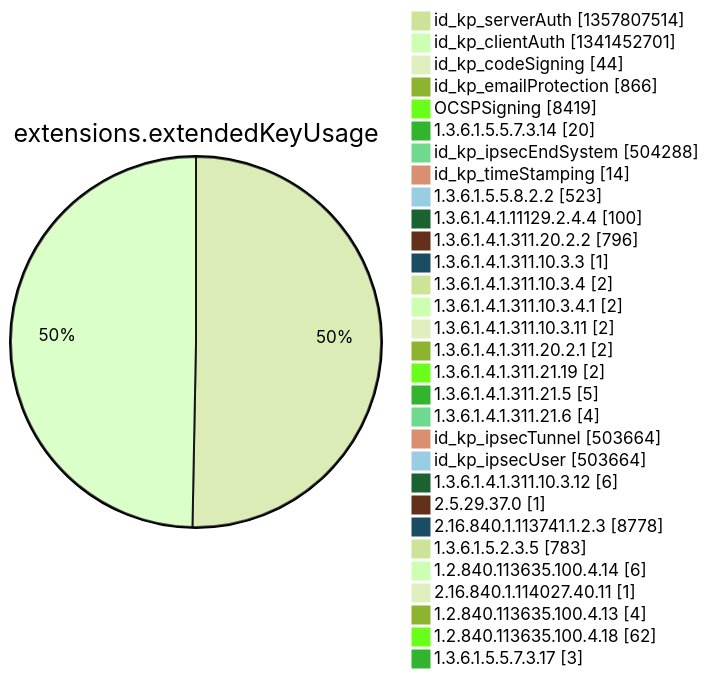
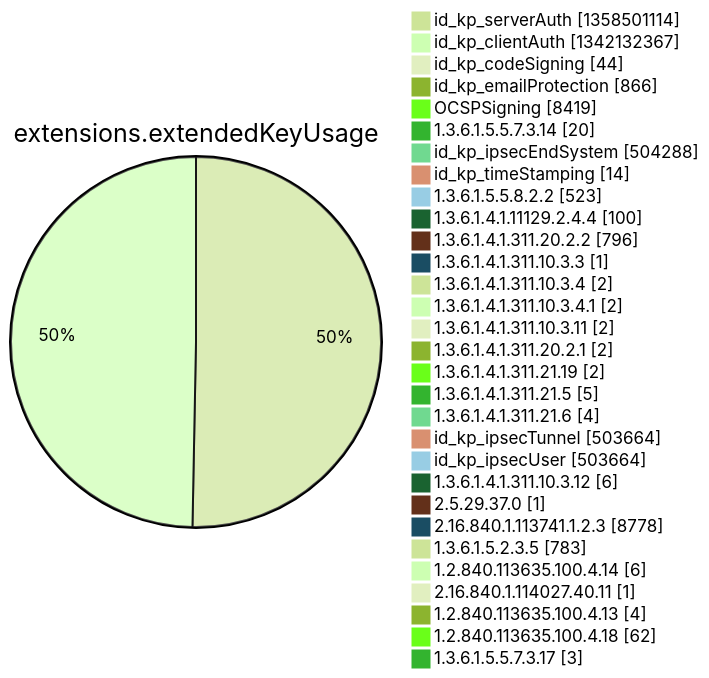
Diagram 12 of 15 in argon2022/README.md (christiankrug/ctmonitor_visualization), drawn with Mermaid (forest theme) before and after one commit. The commit also changed other lines of this file, not shown here.

````diff
--- a/argon2022/README.md
+++ b/argon2022/README.md
@@ -3553,34 +3553,34 @@
 ```mermaid
 pie showData
 title extensions.extendedKeyUsage
-"id_kp_serverAuth" :1357807514
-"id_kp_clientAuth" :1341452701
+"id_kp_serverAuth" :1358501114
+"id_kp_clientAuth" :1342132367
 "id_kp_codeSigning" :44
 "id_kp_emailProtection" :866
 "OCSPSigning" :8419
 "1.3.6.1.5.5.7.3.14" :20
 "id_kp_ipsecEndSystem" :504288
 "id_kp_timeStamping" :14
 "1.3.6.1.5.5.8.2.2" :523
 "1.3.6.1.4.1.11129.2.4.4" :100
 "1.3.6.1.4.1.311.20.2.2" :796
 "1.3.6.1.4.1.311.10.3.3" :1
 "1.3.6.1.4.1.311.10.3.4" :2
 "1.3.6.1.4.1.311.10.3.4.1" :2
 "1.3.6.1.4.1.311.10.3.11" :2
 "1.3.6.1.4.1.311.20.2.1" :2
 "1.3.6.1.4.1.311.21.19" :2
 "1.3.6.1.4.1.311.21.5" :5
 "1.3.6.1.4.1.311.21.6" :4
 "id_kp_ipsecTunnel" :503664
 "id_kp_ipsecUser" :503664
 "1.3.6.1.4.1.311.10.3.12" :6
 "2.5.29.37.0" :1
 "2.16.840.1.113741.1.2.3" :8778
 "1.3.6.1.5.2.3.5" :783
 "1.2.840.113635.100.4.14" :6
 "2.16.840.1.114027.40.11" :1
 "1.2.840.113635.100.4.13" :4
 "1.2.840.113635.100.4.18" :62
 "1.3.6.1.5.5.7.3.17" :3
 ```
````
